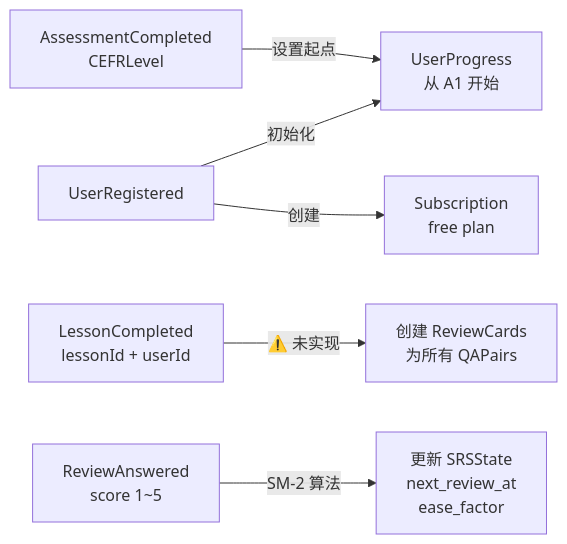
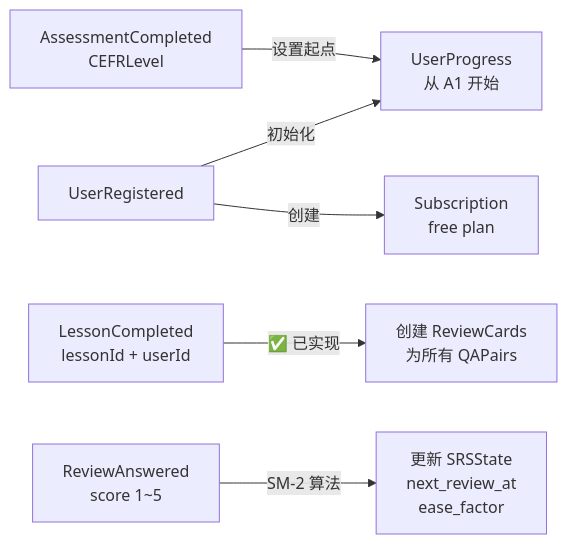
The seventh of 7 diagrams in README.md (opc-x/talkflow), drawn with Mermaid before and after one commit. The commit also changed other lines of this file and 1 other file, not shown here.

````diff
--- a/README.md
+++ b/README.md
@@ -272,11 +273,11 @@
 ```mermaid
 graph LR
     UR["UserRegistered"] -->|初始化| UP["UserProgress\n从 A1 开始"]
     UR -->|创建| FS["Subscription\nfree plan"]
 
     AC["AssessmentCompleted\nCEFRLevel"] -->|设置起点| UP
 
-    LC["LessonCompleted\nlessonId + userId"] -->|⚠️ 未实现| RC["创建 ReviewCards\n为所有 QAPairs"]
+    LC["LessonCompleted\nlessonId + userId"] -->|✅ 已实现| RC["创建 ReviewCards\n为所有 QAPairs"]
 
     RA["ReviewAnswered\nscore 1~5"] -->|SM-2 算法| SS["更新 SRSState\nnext_review_at\nease_factor"]
 ```
````
